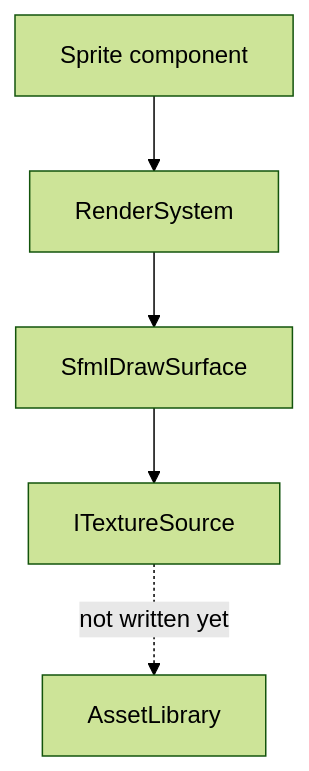
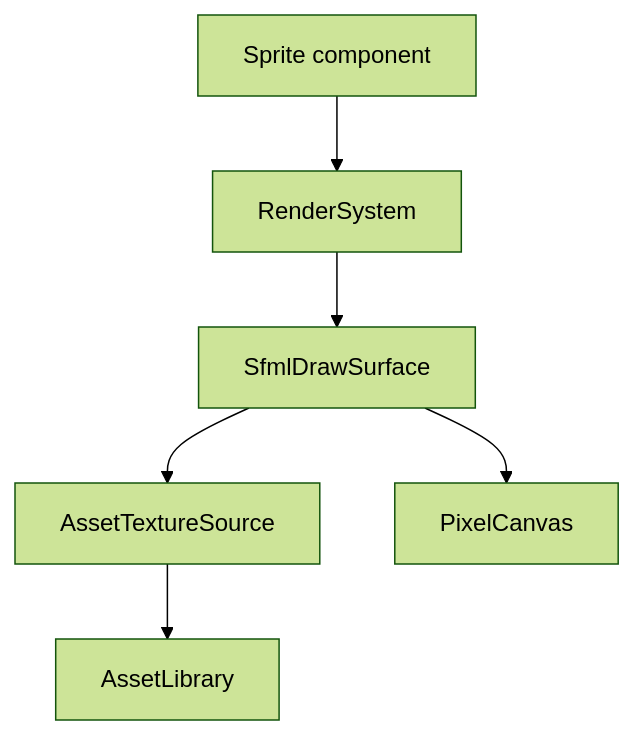
Before and after one commit to nique-epi/R-Type: the second of 2 diagrams in docs/src/content/docs/client.md, drawn with Mermaid (forest theme). The commit also changed other lines of this file and 2 other files, not shown here.

First line of the commit message:
docs: describe the entity sprite table and the pixel canvas

````diff
--- a/docs/src/content/docs/client.md
+++ b/docs/src/content/docs/client.md
@@ -74,9 +77,10 @@
 ```mermaid
 flowchart TB
   accTitle: From an entity to the screen
-  accDescr: The Sprite component of an entity names an asset id. RenderSystem passes the id to SfmlDrawSurface, which asks an ITextureSource for the texture. The asset library is meant to be that source, but the link is not written yet.
+  accDescr: The Sprite component of an entity names an asset id and a rectangle. RenderSystem passes them to SfmlDrawSurface, which finds the texture through AssetTextureSource, reading the asset library, and paints the rectangle on the entity canvas, laid over the sky.
   Entity["Sprite component"] --> Render[RenderSystem]
   Render --> Surface[SfmlDrawSurface]
-  Surface --> Source[ITextureSource]
-  Source -. "not written yet" .-> Library[AssetLibrary]
+  Surface --> Source[AssetTextureSource]
+  Source --> Library[AssetLibrary]
+  Surface --> Canvas[PixelCanvas]
 ```
````
